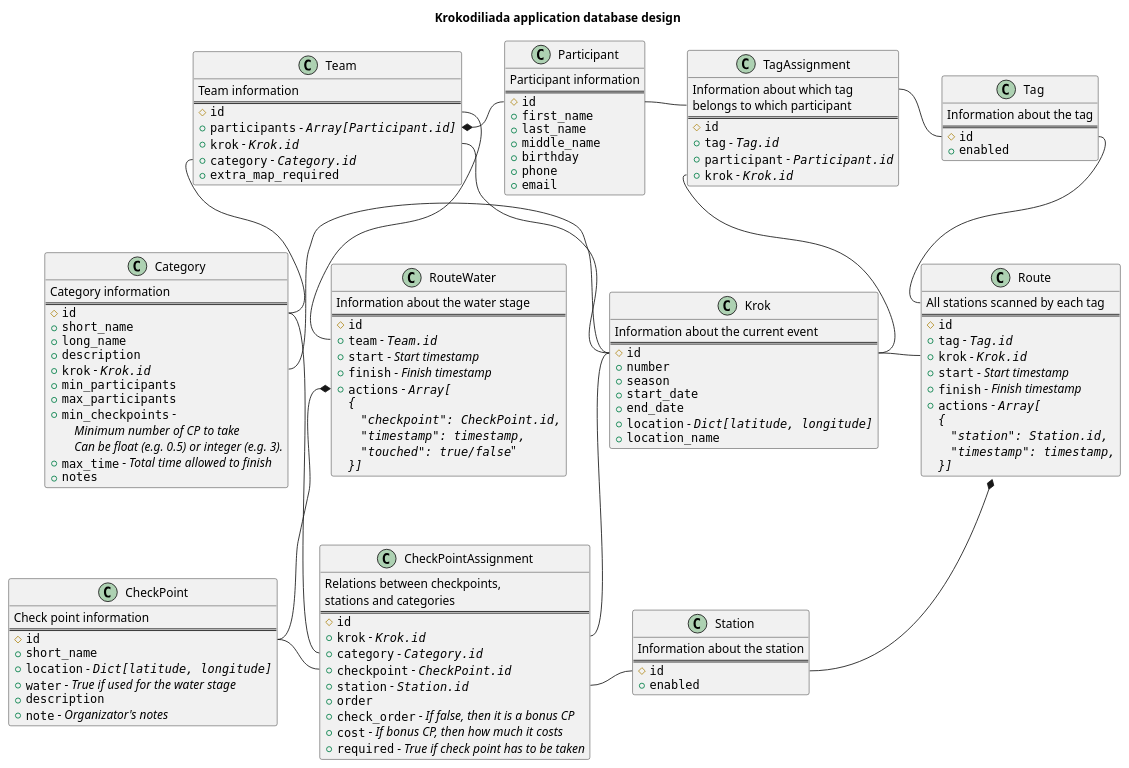
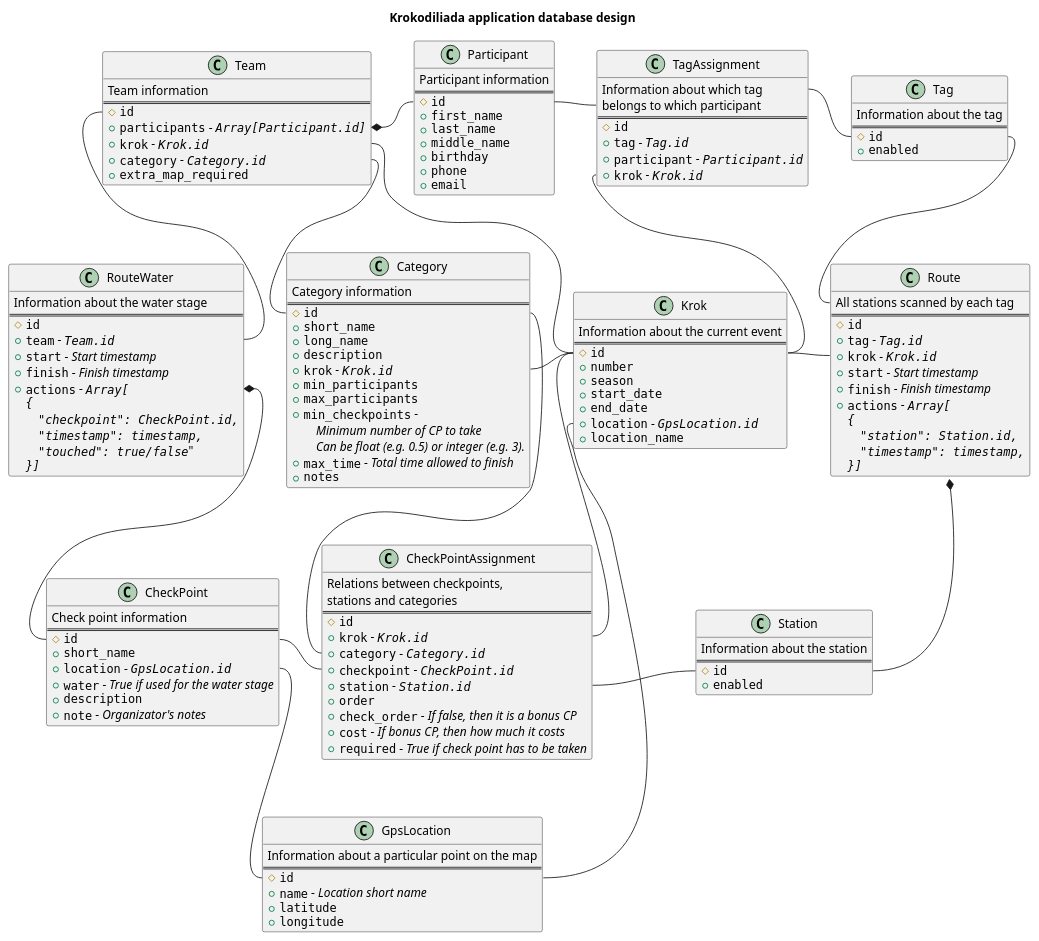
Before and after one commit to krokodiliada/krokapi: the diagram in schema/schema.puml, drawn with PlantUML.

Commit message:
Added GPS location table into the schema

```diff
--- a/schema/schema.puml
+++ b/schema/schema.puml
@@ -1,155 +1,166 @@
 @startuml
 
 title Krokodiliada application database design
 
 ' skinparam linetype ortho
 
 class Participant {
   Participant information
   ==
   #""id""
   +""first_name""
   +""last_name""
   +""middle_name""
   +""birthday""
   +""phone""
   +""email""
 }
 
 class Team {
   Team information
   ==
   #""id""
   +""participants"" - //""Array[Participant.id]""//
   +""krok"" - //""Krok.id""//
   +""category"" - //""Category.id""//
   +""extra_map_required""
 }
 
 class Krok {
   Information about the current event
   ==
   #""id""
   +""number""
   +""season""
   +""start_date""
   +""end_date""
-  +""location"" - //""Dict[latitude, longitude]""//
+  +""location"" - //""GpsLocation.id""//
   +""location_name""
 }
 
 class Category {
   Category information
   ==
   #""id""
   +""short_name""
   +""long_name""
   +""description""
   +""krok"" - //""Krok.id""//
   +""min_participants""
   +""max_participants""
   +""min_checkpoints"" -
   //    Minimum number of CP to take//
   //    Can be float (e.g. 0.5) or integer (e.g. 3).//
   +""max_time"" - //Total time allowed to finish//
   +""notes""
 }
 
 class CheckPoint {
   Check point information
   ==
   #""id""
   +""short_name""
-  +""location"" - //""Dict[latitude, longitude]""//
+  +""location"" - //""GpsLocation.id""//
   +""water"" - //True if used for the water stage//
   +""description""
   +""note"" - //Organizator's notes//
 }
 
 class CheckPointAssignment {
   Relations between checkpoints,
   stations and categories
   ==
   #""id""
   +""krok"" - //""Krok.id""//
   +""category"" - //""Category.id""//
   +""checkpoint"" - //""CheckPoint.id""//
   +""station"" - //""Station.id""//
   +""order""
   +""check_order"" - //If false, then it is a bonus CP//
   +""cost"" - //If bonus CP, then how much it costs//
   +""required"" - //True if check point has to be taken//
 }
 
 class Station {
   Information about the station
   ==
   #""id""
   +""enabled""
 }
 
 class Tag {
   Information about the tag
   ==
   #""id""
   +""enabled""
 }
 
 class TagAssignment {
   Information about which tag
   belongs to which participant
   ==
   #""id""
   +""tag"" - //""Tag.id""//
   +""participant"" - //""Participant.id""//
   +""krok"" - //""Krok.id""//
 }
 
 class Route {
   All stations scanned by each tag
   ==
   #""id""
   +""tag"" - //""Tag.id""//
   +""krok"" - //""Krok.id""//
   +""start"" - //Start timestamp//
   +""finish"" - //Finish timestamp//
   +""actions"" - //""Array[""//
     //""{""//
     //    ""~"station~": Station.id,""//
     //    ""~"timestamp~": timestamp,""//
     //""}]""//
 }
 
 class RouteWater {
   Information about the water stage
   ==
   #""id""
   +""team"" - //""Team.id""//
   +""start"" - //Start timestamp//
   +""finish"" - //Finish timestamp//
   +""actions"" - //""Array[""//
     //""{""//
     //    ""~"checkpoint~": CheckPoint.id,""//
     //    ""~"timestamp~": timestamp,""//
     //    ""~"touched~": true/false""//"
     //""}]""//
 }
 
+class GpsLocation {
+  Information about a particular point on the map
+  ==
+  #""id""
+  +""name"" - //Location short name//
+  +""latitude""
+  +""longitude""
+}
+
 Team::participant *-right- Participant::id
 Team::krok -- Krok::id
 Team::category -down- Category::id
 Krok::id -left- Category::krok
+Krok::location -- GpsLocation::id
+CheckPoint::location -- GpsLocation::id
 CheckPointAssignment::krok -up- Krok::id
 CheckPointAssignment::category -left- Category::id
 CheckPointAssignment::checkpoint -left- CheckPoint::id
 CheckPointAssignment::station -right- Station::id
 TagAssignment::tag -right- Tag::id
 TagAssignment::krok -- Krok::id
 TagAssignment::participant -left- Participant::id
 Route::tag -up- Tag::id
 Route::krok -left- Krok::id
 Route::punches *-[norank]- Station::id
 RouteWater::team -up- Team::id
-RouteWater::actions *-[norank]- CheckPoint::id
+RouteWater::actions *-down- CheckPoint::id
 
 @enduml
```
